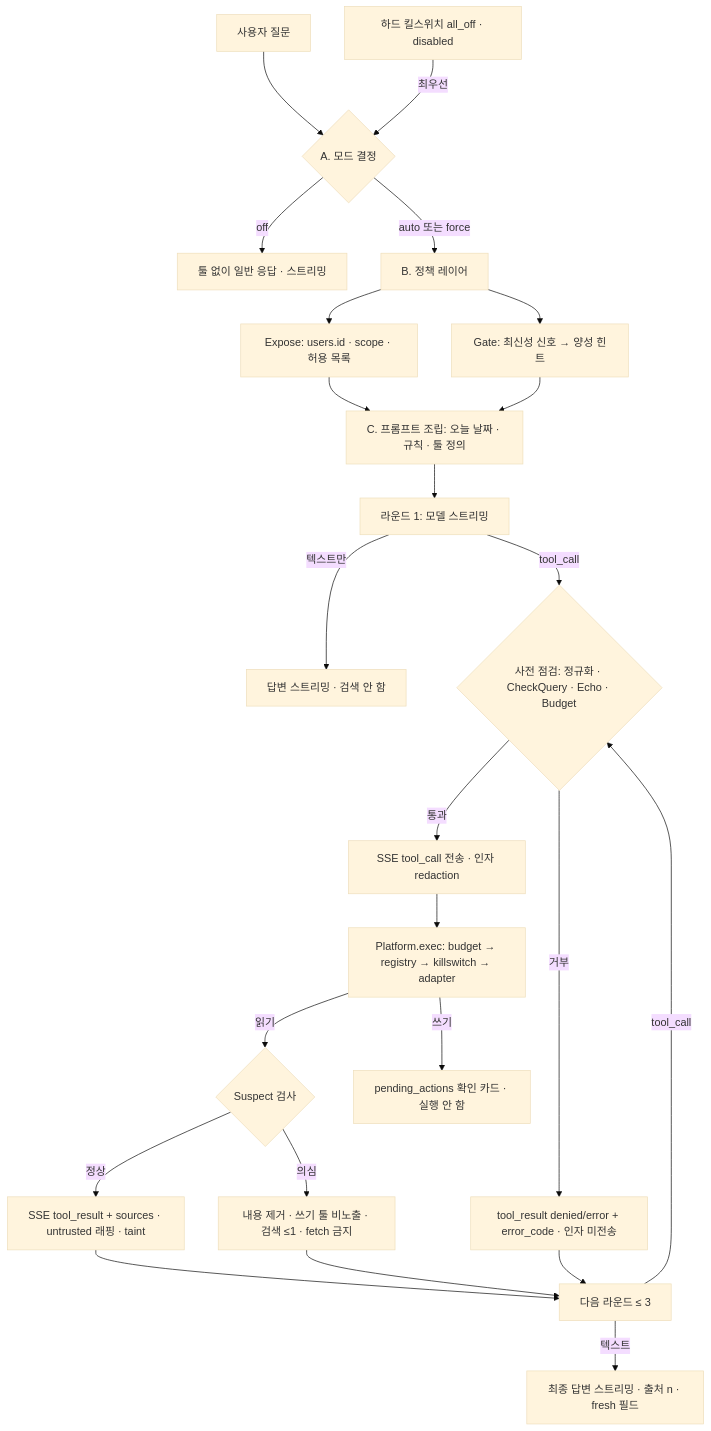
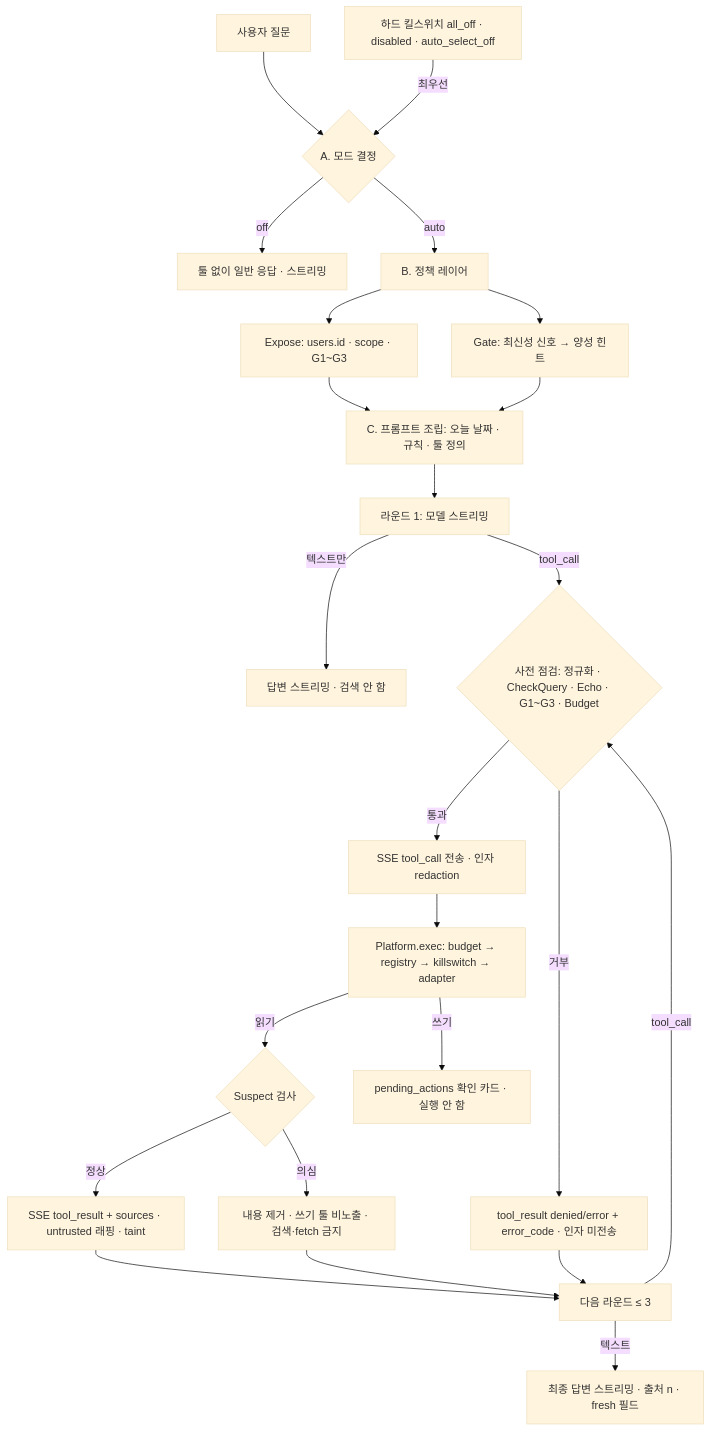
The diagram in docs/architecture/auto-tool-selection.md (gun025bba/eve-serving), drawn with Mermaid (base theme) before and after one commit. The commit also changed other lines of this file and 3 other files, not shown here.

First line of the commit message:
docs: auto-tool-selection rev 4 — auto by default, no user toggle, single MAJOR release, structural gates G1-G5

````diff
--- a/docs/architecture/auto-tool-selection.md
+++ b/docs/architecture/auto-tool-selection.md
@@ -118,26 +133,26 @@
 ```mermaid
 flowchart TD
   U[사용자 질문] --> M{A. 모드 결정}
-  K[하드 킬스위치 all_off · disabled] -->|최우선| M
+  K[하드 킬스위치 all_off · disabled · auto_select_off] -->|최우선| M
   M -->|off| P0[툴 없이 일반 응답 · 스트리밍]
-  M -->|auto 또는 force| G[B. 정책 레이어]
-  G --> X[Expose: users.id · scope · 허용 목록]
+  M -->|auto| G[B. 정책 레이어]
+  G --> X[Expose: users.id · scope · G1~G3]
   G --> H[Gate: 최신성 신호 → 양성 힌트]
   X --> PR[C. 프롬프트 조립: 오늘 날짜 · 규칙 · 툴 정의]
   H --> PR
   PR --> R1[라운드 1: 모델 스트리밍]
   R1 -->|텍스트만| ANS[답변 스트리밍 · 검색 안 함]
-  R1 -->|tool_call| PF{사전 점검: 정규화 · CheckQuery · Echo · Budget}
+  R1 -->|tool_call| PF{사전 점검: 정규화 · CheckQuery · Echo · G1~G3 · Budget}
   PF -->|거부| ERR[tool_result denied/error + error_code · 인자 미전송]
   PF -->|통과| EV1[SSE tool_call 전송 · 인자 redaction]
   EV1 --> EX[Platform.exec: budget → registry → killswitch → adapter]
   EX -->|읽기| SC{Suspect 검사}
   SC -->|정상| RES[SSE tool_result + sources · untrusted 래핑 · taint]
-  SC -->|의심| SUS[내용 제거 · 쓰기 툴 비노출 · 검색 ≤1 · fetch 금지]
+  SC -->|의심| SUS[내용 제거 · 쓰기 툴 비노출 · 검색·fetch 금지]
   EX -->|쓰기| CARD[pending_actions 확인 카드 · 실행 안 함]
   RES --> R2[다음 라운드 ≤ 3]
   SUS --> R2
   ERR --> R2
   R2 -->|tool_call| PF
   R2 -->|텍스트| FIN[최종 답변 스트리밍 · 출처 n · fresh 필드]
 ```
````
